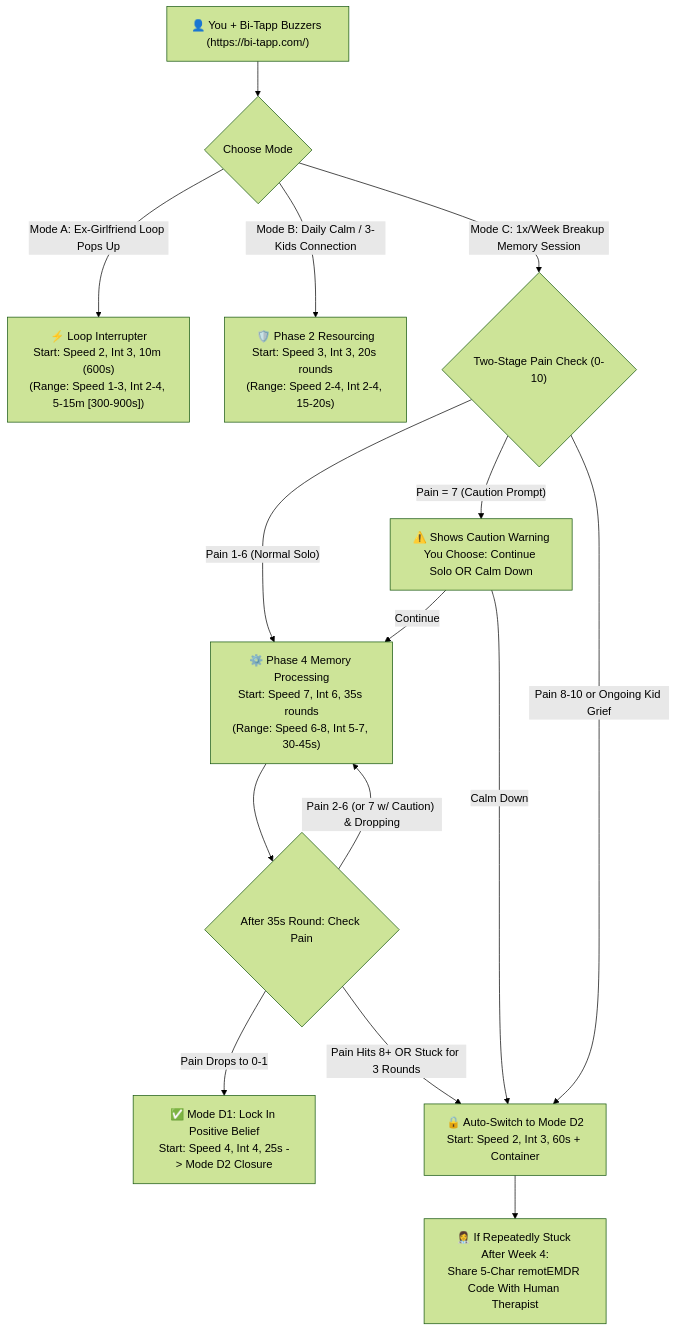
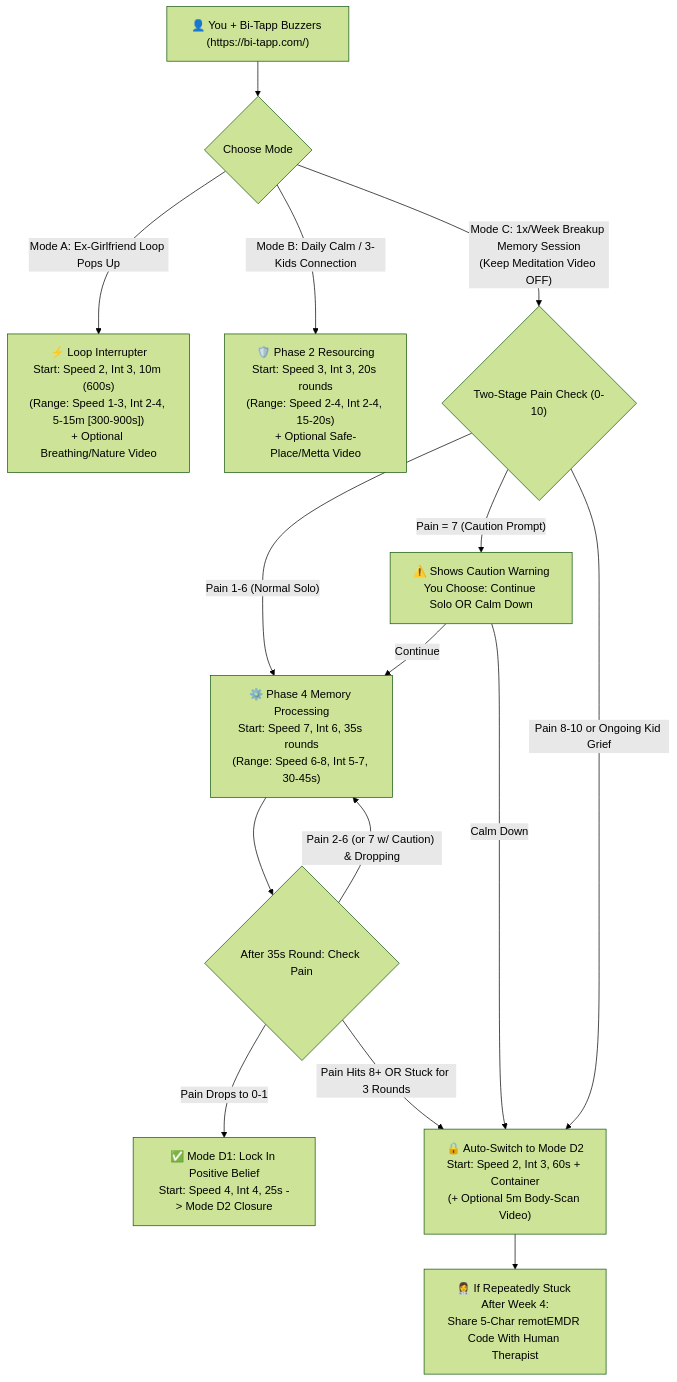
One commit to itayshemesh/bitapp-emdr-platform changed the first of 2 diagrams in docs/MASTER_PLAN.md. Above: the diagram before and after it, drawn with Mermaid (forest theme). The commit also changed other lines of this file and 4 other files, not shown here.

Commit message:
docs(plan): add meditation video, bedtime sleep & long-wear rules in plain English

````diff
--- a/docs/MASTER_PLAN.md
+++ b/docs/MASTER_PLAN.md
@@ -138,17 +184,17 @@
 ```mermaid
 graph TD
     User["👤 You + Bi-Tapp Buzzers (https://bi-tapp.com/)"] --> ModeSelect{"Choose Mode"}
-    ModeSelect -->|"Mode A: Ex-Girlfriend Loop Pops Up"| LoopBreak["⚡ Loop Interrupter\nStart: Speed 2, Int 3, 10m (600s)\n(Range: Speed 1-3, Int 2-4, 5-15m [300-900s])"]
-    ModeSelect -->|"Mode B: Daily Calm / 3-Kids Connection"| RDI["🛡️ Phase 2 Resourcing\nStart: Speed 3, Int 3, 20s rounds\n(Range: Speed 2-4, Int 2-4, 15-20s)"]
-    ModeSelect -->|"Mode C: 1x/Week Breakup Memory Session"| SafetyGate{"Two-Stage Pain Check (0-10)"}
+    ModeSelect -->|"Mode A: Ex-Girlfriend Loop Pops Up"| LoopBreak["⚡ Loop Interrupter\nStart: Speed 2, Int 3, 10m (600s)\n(Range: Speed 1-3, Int 2-4, 5-15m [300-900s])\n+ Optional Breathing/Nature Video"]
+    ModeSelect -->|"Mode B: Daily Calm / 3-Kids Connection"| RDI["🛡️ Phase 2 Resourcing\nStart: Speed 3, Int 3, 20s rounds\n(Range: Speed 2-4, Int 2-4, 15-20s)\n+ Optional Safe-Place/Metta Video"]
+    ModeSelect -->|"Mode C: 1x/Week Breakup Memory Session\n(Keep Meditation Video OFF)"| SafetyGate{"Two-Stage Pain Check (0-10)"}
     SafetyGate -->|"Pain 1-6 (Normal Solo)"| Engine["⚙️ Phase 4 Memory Processing\nStart: Speed 7, Int 6, 35s rounds\n(Range: Speed 6-8, Int 5-7, 30-45s)"]
     SafetyGate -->|"Pain = 7 (Caution Prompt)"| Caution["⚠️ Shows Caution Warning\nYou Choose: Continue Solo OR Calm Down"]
     Caution -->|"Continue"| Engine
-    Caution -->|"Calm Down"| Container["🔒 Auto-Switch to Mode D2\nStart: Speed 2, Int 3, 60s + Container"]
+    Caution -->|"Calm Down"| Container["🔒 Auto-Switch to Mode D2\nStart: Speed 2, Int 3, 60s + Container\n(+ Optional 5m Body-Scan Video)"]
     SafetyGate -->|"Pain 8-10 or Ongoing Kid Grief"| Container
     Engine --> PostRound{"After 35s Round: Check Pain"}
     PostRound -->|"Pain Drops to 0-1"| Install["✅ Mode D1: Lock In Positive Belief\nStart: Speed 4, Int 4, 25s -> Mode D2 Closure"]
     PostRound -->|"Pain 2-6 (or 7 w/ Caution) & Dropping"| Engine
     PostRound -->|"Pain Hits 8+ OR Stuck for 3 Rounds"| Container
     Container --> Escalate["👩‍⚕️ If Repeatedly Stuck After Week 4:\nShare 5-Char remotEMDR Code With Human Therapist"]
 ```
````
